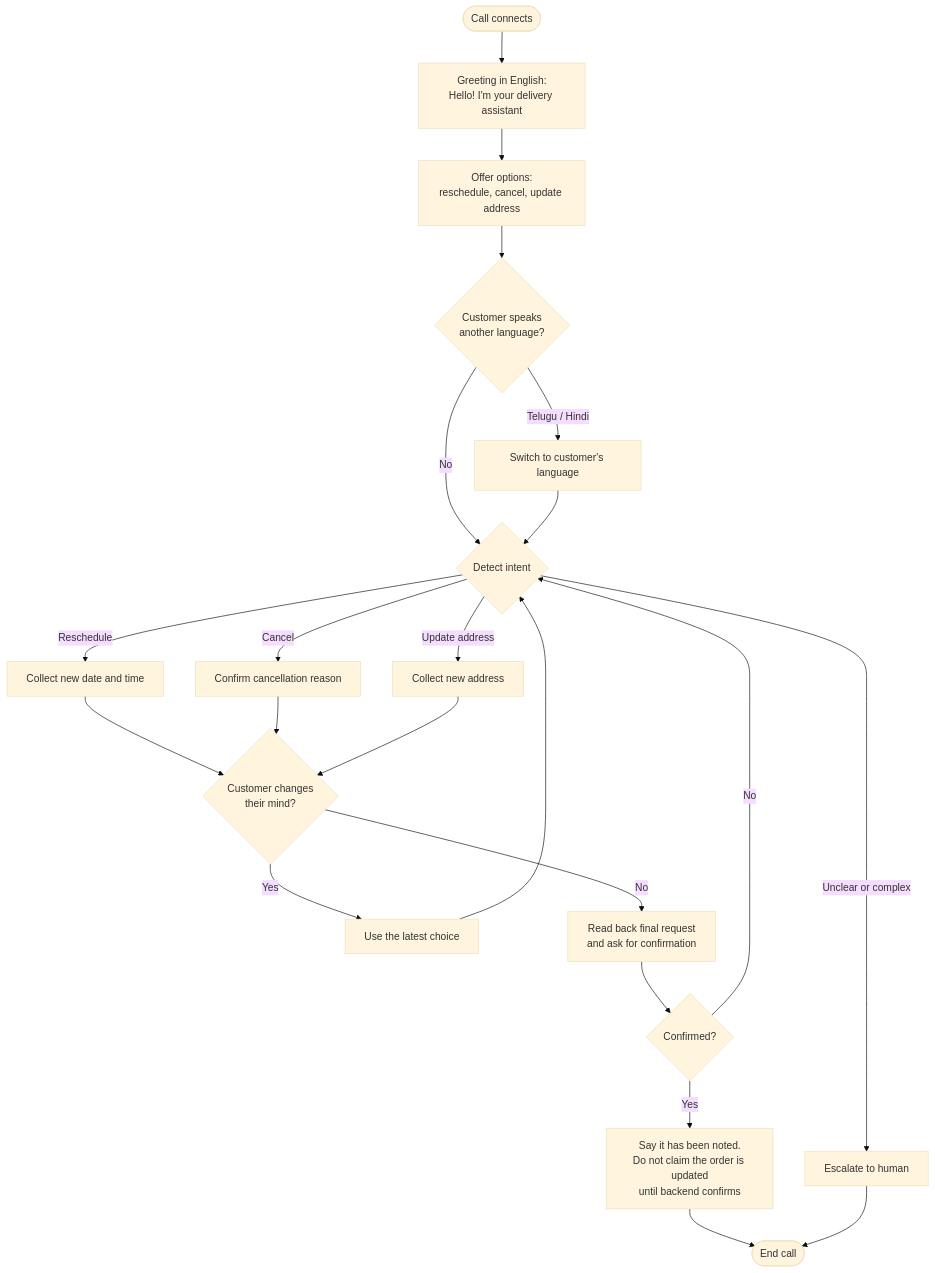
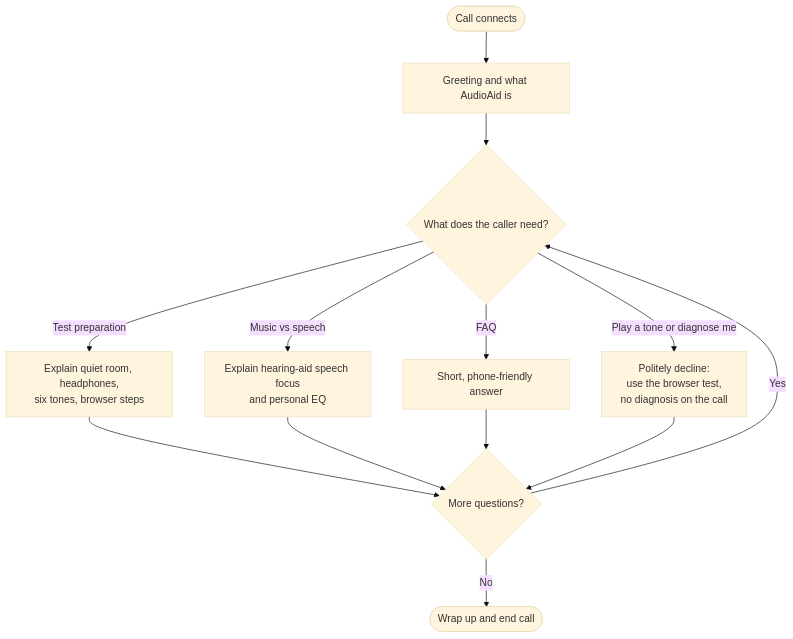
The third of 5 diagrams in README.md (drraghavendra/Audio-Aid), drawn with Mermaid (base theme) before and after one commit. The commit also changed other lines of this file, not shown here.

````diff
--- a/README.md
+++ b/README.md
@@ -65,23 +84,15 @@
 ```mermaid
 flowchart TD
-    S([Call connects]) --> G[Greeting in English:<br/>Hello! I'm your delivery assistant]
-    G --> O[Offer options:<br/>reschedule, cancel, update address]
-    O --> L{Customer speaks<br/>another language?}
-    L -- Telugu / Hindi --> SW[Switch to customer's language]
-    L -- No --> I
-    SW --> I{Detect intent}
-    I -- Reschedule --> R[Collect new date and time]
-    I -- Cancel --> C[Confirm cancellation reason]
-    I -- Update address --> A[Collect new address]
-    I -- Unclear or complex --> H[Escalate to human]
-    R --> CH{Customer changes<br/>their mind?}
-    C --> CH
-    A --> CH
-    CH -- Yes --> LATEST[Use the latest choice] --> I
-    CH -- No --> CF[Read back final request<br/>and ask for confirmation]
-    CF --> Y{Confirmed?}
-    Y -- Yes --> OK[Say it has been noted.<br/>Do not claim the order is updated<br/>until backend confirms]
-    Y -- No --> I
-    OK --> E([End call])
-    H --> E
+    S([Call connects]) --> G[Greeting and what AudioAid is]
+    G --> Q{What does the caller need?}
+    Q -- Test preparation --> T[Explain quiet room, headphones,<br/>six tones, browser steps]
+    Q -- Music vs speech --> M[Explain hearing-aid speech focus<br/>and personal EQ]
+    Q -- FAQ --> F[Short, phone-friendly answer]
+    Q -- Play a tone or diagnose me --> R[Politely decline:<br/>use the browser test,<br/>no diagnosis on the call]
+    T --> N{More questions?}
+    M --> N
+    F --> N
+    R --> N
+    N -- Yes --> Q
+    N -- No --> E([Wrap up and end call])
 ```
````
